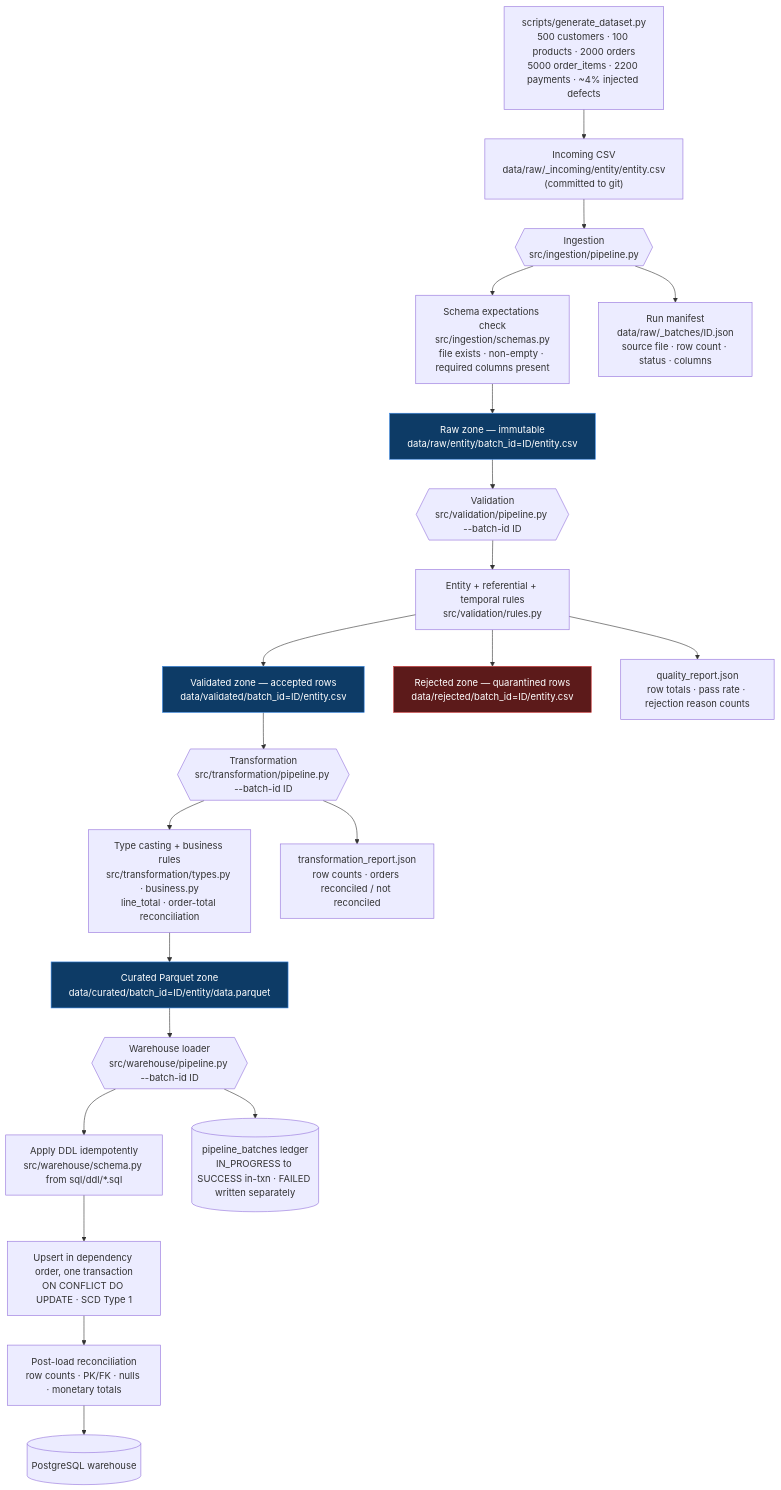
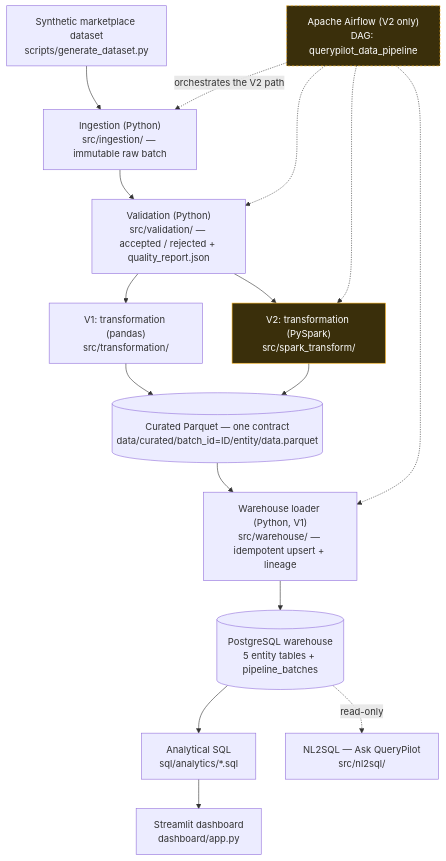
Before and after one commit to the-illuminatus/QueryPilot-DataEngineering: the third of 12 diagrams in README.md, drawn with Mermaid. The commit also changed other lines of this file, not shown here.

Commit message:
docs: finalize Airflow and PySpark architecture README

````diff
--- a/README.md
+++ b/README.md
@@ -108,33 +128,30 @@
 ```mermaid
 flowchart TD
-    GEN["scripts/generate_dataset.py<br/>500 customers · 100 products · 2000 orders<br/>5000 order_items · 2200 payments · ~4% injected defects"]
-    GEN --> INC["Incoming CSV<br/>data/raw/_incoming/entity/entity.csv<br/>(committed to git)"]
+    GEN["Synthetic marketplace dataset<br/>scripts/generate_dataset.py"]
+    GEN --> ING["Ingestion (Python)<br/>src/ingestion/ — immutable raw batch"]
+    ING --> VAL["Validation (Python)<br/>src/validation/ — accepted / rejected + quality_report.json"]
 
-    INC --> ING{{"Ingestion<br/>src/ingestion/pipeline.py"}}
-    ING --> SHAPE["Schema expectations check<br/>src/ingestion/schemas.py<br/>file exists · non-empty · required columns present"]
-    SHAPE --> RAW["Raw zone — immutable<br/>data/raw/entity/batch_id=ID/entity.csv"]
-    ING --> MAN["Run manifest<br/>data/raw/_batches/ID.json<br/>source file · row count · status · columns"]
+    VAL --> V1T["V1: transformation (pandas)<br/>src/transformation/"]
+    VAL --> V2T["V2: transformation (PySpark)<br/>src/spark_transform/"]
 
-    RAW --> VALP{{"Validation<br/>src/validation/pipeline.py --batch-id ID"}}
-    VALP --> RULES["Entity + referential + temporal rules<br/>src/validation/rules.py"]
-    RULES --> VOK["Validated zone — accepted rows<br/>data/validated/batch_id=ID/entity.csv"]
-    RULES --> VREJ["Rejected zone — quarantined rows<br/>data/rejected/batch_id=ID/entity.csv"]
-    RULES --> QR["quality_report.json<br/>row totals · pass rate · rejection reason counts"]
+    V1T --> CUR[("Curated Parquet — one contract<br/>data/curated/batch_id=ID/entity/data.parquet")]
+    V2T --> CUR
 
-    VOK --> TRP{{"Transformation<br/>src/transformation/pipeline.py --batch-id ID"}}
-    TRP --> TYPES["Type casting + business rules<br/>src/transformation/types.py · business.py<br/>line_total · order-total reconciliation"]
-    TYPES --> CUR["Curated Parquet zone<br/>data/curated/batch_id=ID/entity/data.parquet"]
-    TRP --> TRPT["transformation_report.json<br/>row counts · orders reconciled / not reconciled"]
+    CUR --> WH["Warehouse loader (Python, V1)<br/>src/warehouse/ — idempotent upsert + lineage"]
+    WH --> PG[("PostgreSQL warehouse<br/>5 entity tables + pipeline_batches")]
 
-    CUR --> WLP{{"Warehouse loader<br/>src/warehouse/pipeline.py --batch-id ID"}}
-    WLP --> SCHEMA["Apply DDL idempotently<br/>src/warehouse/schema.py from sql/ddl/*.sql"]
-    SCHEMA --> UPSERT["Upsert in dependency order, one transaction<br/>ON CONFLICT DO UPDATE · SCD Type 1"]
-    UPSERT --> QCHK["Post-load reconciliation<br/>row counts · PK/FK · nulls · monetary totals"]
-    QCHK --> PG[("PostgreSQL warehouse")]
-    WLP --> LEDGER[("pipeline_batches ledger<br/>IN_PROGRESS to SUCCESS in-txn · FAILED written separately")]
+    PG --> ASQL["Analytical SQL<br/>sql/analytics/*.sql"]
+    ASQL --> DASH["Streamlit dashboard<br/>dashboard/app.py"]
+    PG -. "read-only" .-> NL["NL2SQL — Ask QueryPilot<br/>src/nl2sql/"]
 
-    classDef zone fill:#0d3b66,stroke:#3987e5,color:#fff
-    classDef reject fill:#5c1a1a,stroke:#d03b3b,color:#fff
-    class RAW,VOK,CUR zone
-    class VREJ reject
+    AF["Apache Airflow (V2 only)<br/>DAG: querypilot_data_pipeline"]
+    AF -. "orchestrates the V2 path" .-> ING
+    AF -.-> VAL
+    AF -.-> V2T
+    AF -.-> WH
+
+    classDef v2 fill:#3a2f0b,stroke:#fab219,color:#fff
+    classDef opt stroke-dasharray: 4 3
+    class V2T,AF v2
+    class AF opt
 ```
````
